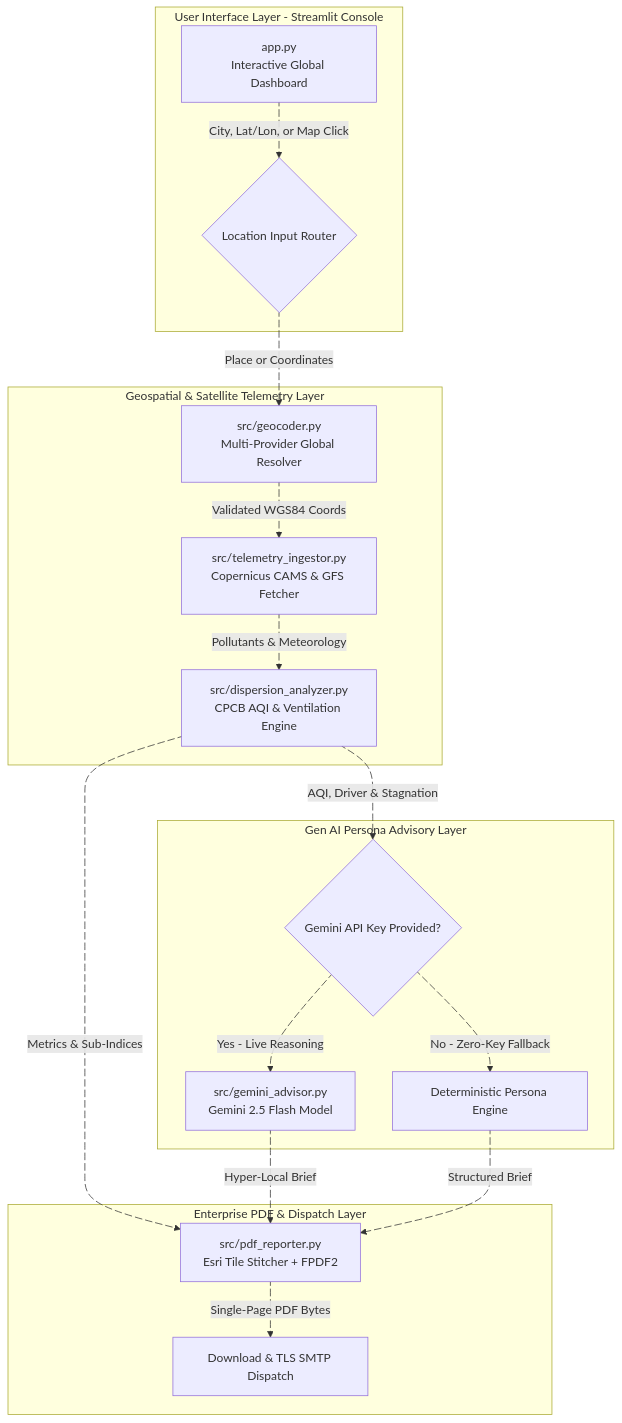
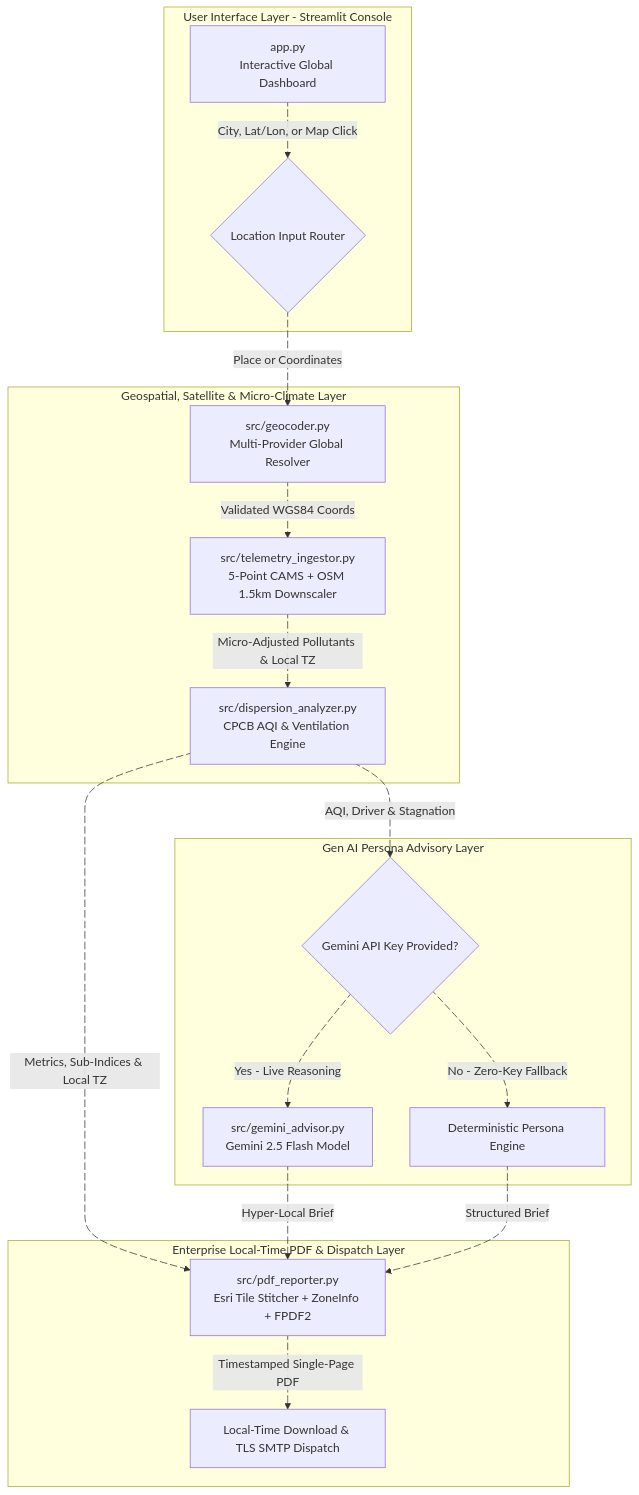
One commit to SRINIVASTA/AeroGuard-Urban-AQI-Assistant changed the diagram in README.md. Above: the diagram before and after it, drawn with Mermaid. The commit also changed other lines of this file, not shown here.

````diff
--- a/README.md
+++ b/README.md
@@ -24,37 +24,37 @@
 ```mermaid
 flowchart TD
     subgraph User_Interface_Layer["User Interface Layer - Streamlit Console"]
         A["app.py<br>Interactive Global Dashboard"] e1@-->|"City, Lat/Lon, or Map Click"| B{"Location Input Router"}
     end
 
-    subgraph Geospatial_Telemetry_Layer["Geospatial & Satellite Telemetry Layer"]
+    subgraph Geospatial_Telemetry_Layer["Geospatial, Satellite & Micro-Climate Layer"]
         B e2@-->|"Place or Coordinates"| C["src/geocoder.py<br>Multi-Provider Global Resolver"]
-        C e3@-->|"Validated WGS84 Coords"| D["src/telemetry_ingestor.py<br>Copernicus CAMS & GFS Fetcher"]
-        D e4@-->|"Pollutants & Meteorology"| E["src/dispersion_analyzer.py<br>CPCB AQI & Ventilation Engine"]
+        C e3@-->|"Validated WGS84 Coords"| D["src/telemetry_ingestor.py<br>5-Point CAMS + OSM 1.5km Downscaler"]
+        D e4@-->|"Micro-Adjusted Pollutants & Local TZ"| E["src/dispersion_analyzer.py<br>CPCB AQI & Ventilation Engine"]
     end
 
     subgraph GenAI_Advisory_Layer["Gen AI Persona Advisory Layer"]
         E e5@-->|"AQI, Driver & Stagnation"| F{"Gemini API Key Provided?"}
         F e6@-->|"Yes - Live Reasoning"| G["src/gemini_advisor.py<br>Gemini 2.5 Flash Model"]
         F e7@-->|"No - Zero-Key Fallback"| H["Deterministic Persona Engine"]
     end
 
-    subgraph Enterprise_Reporting_Layer["Enterprise PDF & Dispatch Layer"]
-        E e8@-->|"Metrics & Sub-Indices"| I["src/pdf_reporter.py<br>Esri Tile Stitcher + FPDF2"]
+    subgraph Enterprise_Reporting_Layer["Enterprise Local-Time PDF & Dispatch Layer"]
+        E e8@-->|"Metrics, Sub-Indices & Local TZ"| I["src/pdf_reporter.py<br>Esri Tile Stitcher + ZoneInfo + FPDF2"]
         G e9@-->|"Hyper-Local Brief"| I
         H e10@-->|"Structured Brief"| I
-        I e11@-->|"Single-Page PDF Bytes"| J["Download & TLS SMTP Dispatch"]
+        I e11@-->|"Timestamped Single-Page PDF"| J["Local-Time Download & TLS SMTP Dispatch"]
     end
 
     e1@{ animate: true }
     e2@{ animate: true }
     e3@{ animate: true }
     e4@{ animate: true }
     e5@{ animate: true }
     e6@{ animate: true }
     e7@{ animate: true }
     e8@{ animate: true }
     e9@{ animate: true }
     e10@{ animate: true }
     e11@{ animate: true }
 ```
````
